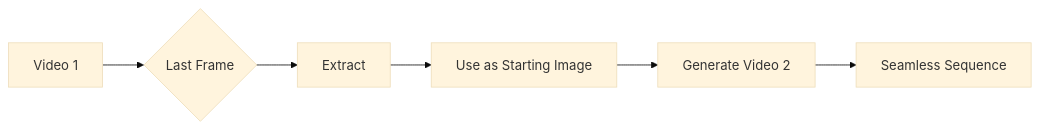
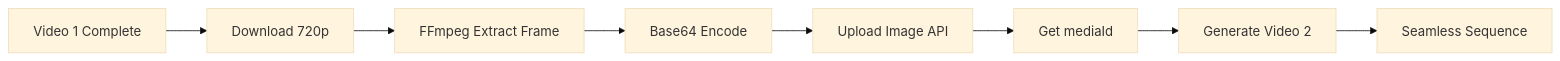
The diagram in 00 - Documentation/02_Architecture/FRAME_CONTINUATION_WORKFLOW.md (lynkvproerror/vadveopromax), drawn with Mermaid (base theme) before and after one commit. The commit also changed other lines of this file and 107 other files, not shown here.

````diff
--- a/00 - Documentation/02_Architecture/FRAME_CONTINUATION_WORKFLOW.md
+++ b/00 - Documentation/02_Architecture/FRAME_CONTINUATION_WORKFLOW.md
@@ -23,8 +41,10 @@
 ```mermaid
 graph LR
-    A[Video 1] --> B{Last Frame}
-    B --> C[Extract]
-    C --> D[Use as Starting Image]
-    D --> E[Generate Video 2]
-    E --> F[Seamless Sequence]
+    A[Video 1 Complete] --> B[Download 720p]
+    B --> C[FFmpeg Extract Frame]
+    C --> D[Base64 Encode]
+    D --> E[Upload Image API]
+    E --> F[Get mediaId]
+    F --> G[Generate Video 2]
+    G --> H[Seamless Sequence]
 ```
````
